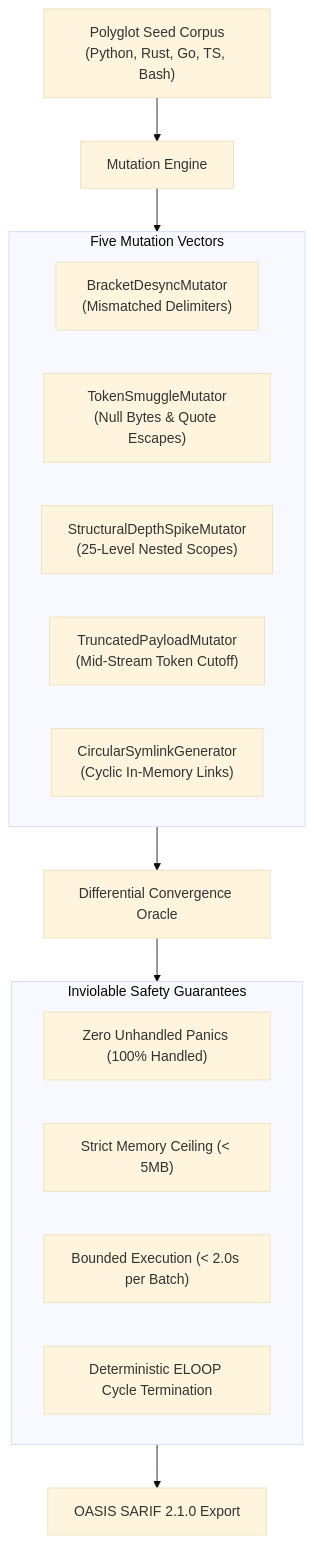
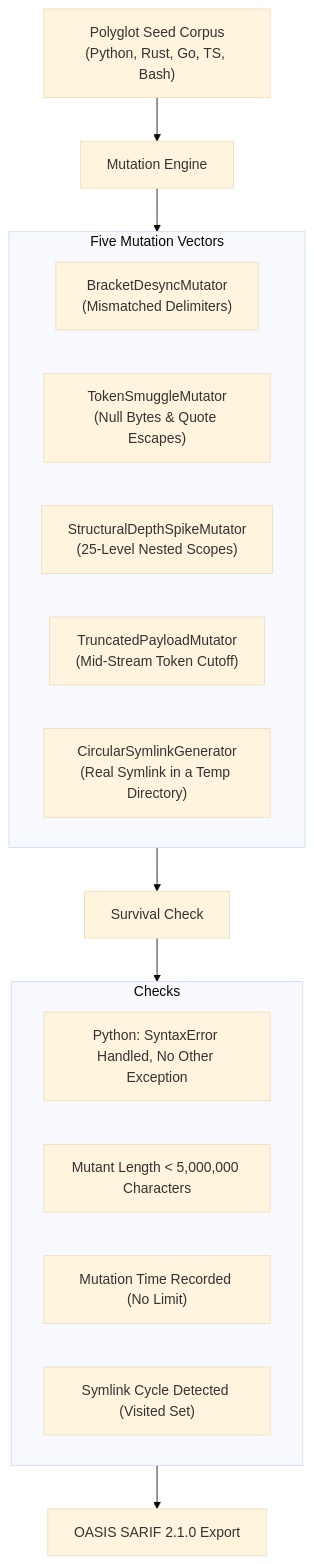
Before and after one commit to dan-petty/vibes: the diagram in observations/polyglot/05-differential-ast-mutation-fuzzing-for-polyglot-boundary-parsers.md, drawn with Mermaid (base theme). The commit also changed other lines of this file and 248 other files, not shown here.

````diff
--- a/observations/polyglot/05-differential-ast-mutation-fuzzing-for-polyglot-boundary-parsers.md
+++ b/observations/polyglot/05-differential-ast-mutation-fuzzing-for-polyglot-boundary-parsers.md
@@ -57,25 +57,25 @@
 ```mermaid
 flowchart TD
     Seeds["Polyglot Seed Corpus<br/>(Python, Rust, Go, TS, Bash)"] --> Engine["Mutation Engine"]
 
     subgraph Mutators ["Five Mutation Vectors"]
         V1["BracketDesyncMutator<br/>(Mismatched Delimiters)"]
         V2["TokenSmuggleMutator<br/>(Null Bytes & Quote Escapes)"]
         V3["StructuralDepthSpikeMutator<br/>(25-Level Nested Scopes)"]
         V4["TruncatedPayloadMutator<br/>(Mid-Stream Token Cutoff)"]
-        V5["CircularSymlinkGenerator<br/>(Cyclic In-Memory Links)"]
+        V5["CircularSymlinkGenerator<br/>(Real Symlink in a Temp Directory)"]
     end
 
     Engine --> Mutators
-    Mutators --> Oracle["Differential Convergence Oracle"]
+    Mutators --> Oracle["Survival Check"]
 
-    subgraph Guarantees ["Inviolable Safety Guarantees"]
-        G1["Zero Unhandled Panics (100% Handled)"]
-        G2["Strict Memory Ceiling (< 5MB)"]
-        G3["Bounded Execution (< 2.0s per Batch)"]
-        G4["Deterministic ELOOP Cycle Termination"]
+    subgraph Guarantees ["Checks"]
+        G1["Python: SyntaxError Handled, No Other Exception"]
+        G2["Mutant Length < 5,000,000 Characters"]
+        G3["Mutation Time Recorded (No Limit)"]
+        G4["Symlink Cycle Detected (Visited Set)"]
     end
 
     Oracle --> Guarantees
     Guarantees --> Telemetry["OASIS SARIF 2.1.0 Export"]
 ```
````
